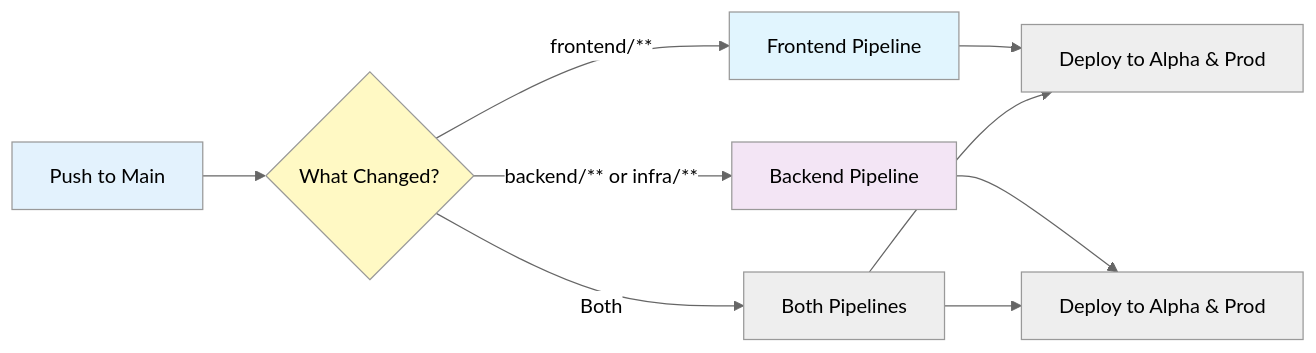
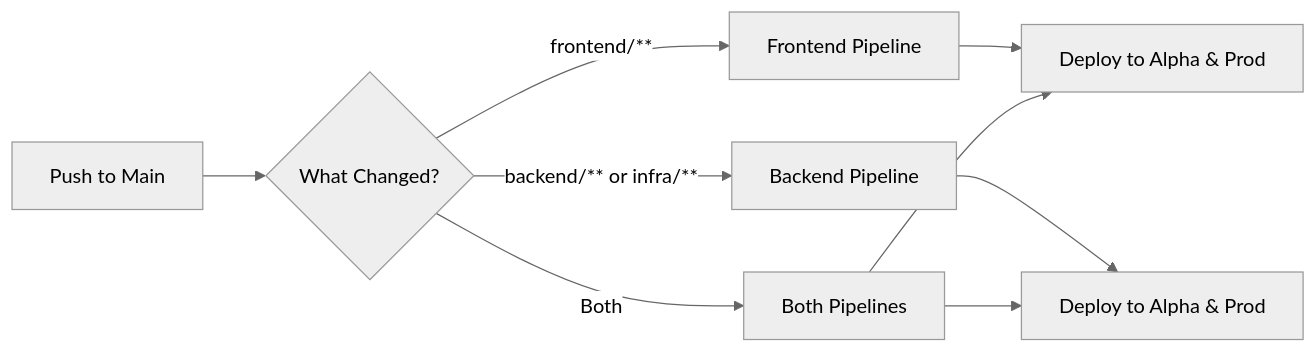
Before and after one commit to antho104/RoleReady: the first of 4 diagrams in docs/PIPELINE.md, drawn with Mermaid (neutral theme). The commit also changed other lines of this file, not shown here.

First line of the commit message:
docs: remove diagram color styling for better text contrast

````diff
--- a/docs/PIPELINE.md
+++ b/docs/PIPELINE.md
@@ -11,17 +11,12 @@
 ```mermaid
 graph LR
     A[Push to Main] --> B{What Changed?}
     B -->|frontend/**| C[Frontend Pipeline]
     B -->|backend/** or infra/**| D[Backend Pipeline]
     B -->|Both| E[Both Pipelines]
 
     C --> F[Deploy to Alpha & Prod]
     D --> G[Deploy to Alpha & Prod]
     E --> F
     E --> G
-
-    style A fill:#e3f2fd
-    style B fill:#fff9c4
-    style C fill:#e1f5fe
-    style D fill:#f3e5f5
 ```
````
